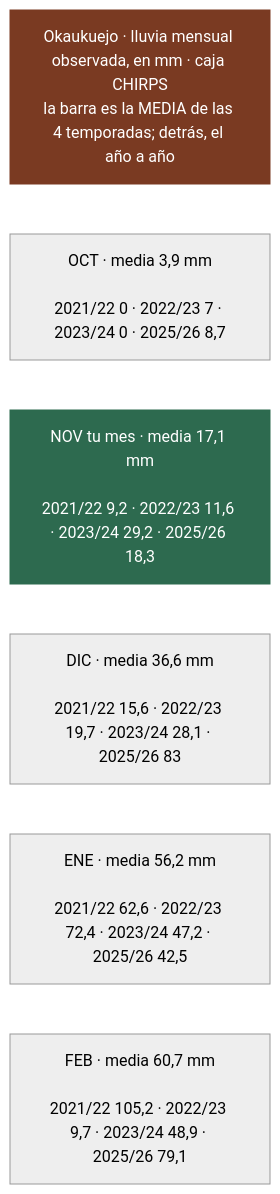
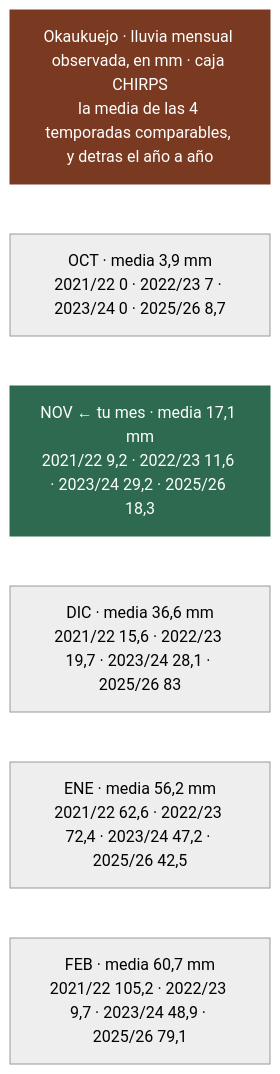
Before and after one commit to morandeirachema/namibia: the diagram in 14-lluvias-historico.md, drawn with Mermaid (neutral theme). The commit also changed other lines of this file and 10 other files, not shown here.

````diff
--- a/14-lluvias-historico.md
+++ b/14-lluvias-historico.md
@@ -76,16 +32,16 @@
 ```mermaid
 flowchart TD
-    T["Okaukuejo · lluvia mensual observada, en mm · caja CHIRPS<br/>la barra es la MEDIA de las 4 temporadas; detrás, el año a año"]
-    n0["OCT · media 3,9 mm<br/><br/>2021/22 0 · 2022/23 7 · 2023/24 0 · 2025/26 8,7"]
-    n1["NOV tu mes · media 17,1 mm<br/><br/>2021/22 9,2 · 2022/23 11,6 · 2023/24 29,2 · 2025/26 18,3"]
-    n2["DIC · media 36,6 mm<br/><br/>2021/22 15,6 · 2022/23 19,7 · 2023/24 28,1 · 2025/26 83"]
-    n3["ENE · media 56,2 mm<br/><br/>2021/22 62,6 · 2022/23 72,4 · 2023/24 47,2 · 2025/26 42,5"]
-    n4["FEB · media 60,7 mm<br/><br/>2021/22 105,2 · 2022/23 9,7 · 2023/24 48,9 · 2025/26 79,1"]
+    T["Okaukuejo · lluvia mensual observada, en mm · caja CHIRPS<br/>la media de las 4 temporadas comparables, y detras el año a año"]
+    n0["OCT · media 3,9 mm<br/>2021/22 0 · 2022/23 7 · 2023/24 0 · 2025/26 8,7"]
+    n1["NOV ← tu mes · media 17,1 mm<br/>2021/22 9,2 · 2022/23 11,6 · 2023/24 29,2 · 2025/26 18,3"]
+    n2["DIC · media 36,6 mm<br/>2021/22 15,6 · 2022/23 19,7 · 2023/24 28,1 · 2025/26 83"]
+    n3["ENE · media 56,2 mm<br/>2021/22 62,6 · 2022/23 72,4 · 2023/24 47,2 · 2025/26 42,5"]
+    n4["FEB · media 60,7 mm<br/>2021/22 105,2 · 2022/23 9,7 · 2023/24 48,9 · 2025/26 79,1"]
     T ~~~ n0
     n0 ~~~ n1
     n1 ~~~ n2
     n2 ~~~ n3
     n3 ~~~ n4
     style T fill:#7a3a22,color:#fff,stroke:#7a3a22
     style n1 fill:#2d6a4f,color:#fff,stroke:#2d6a4f
 ```
````
